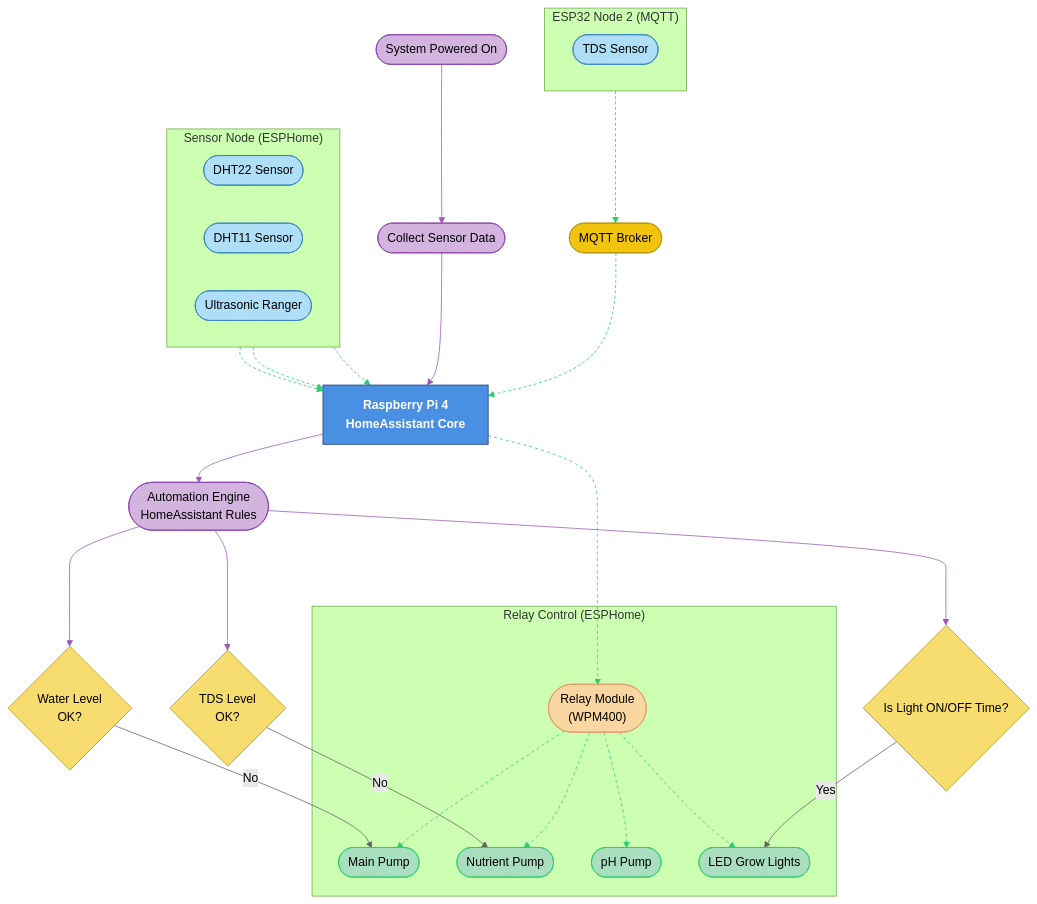
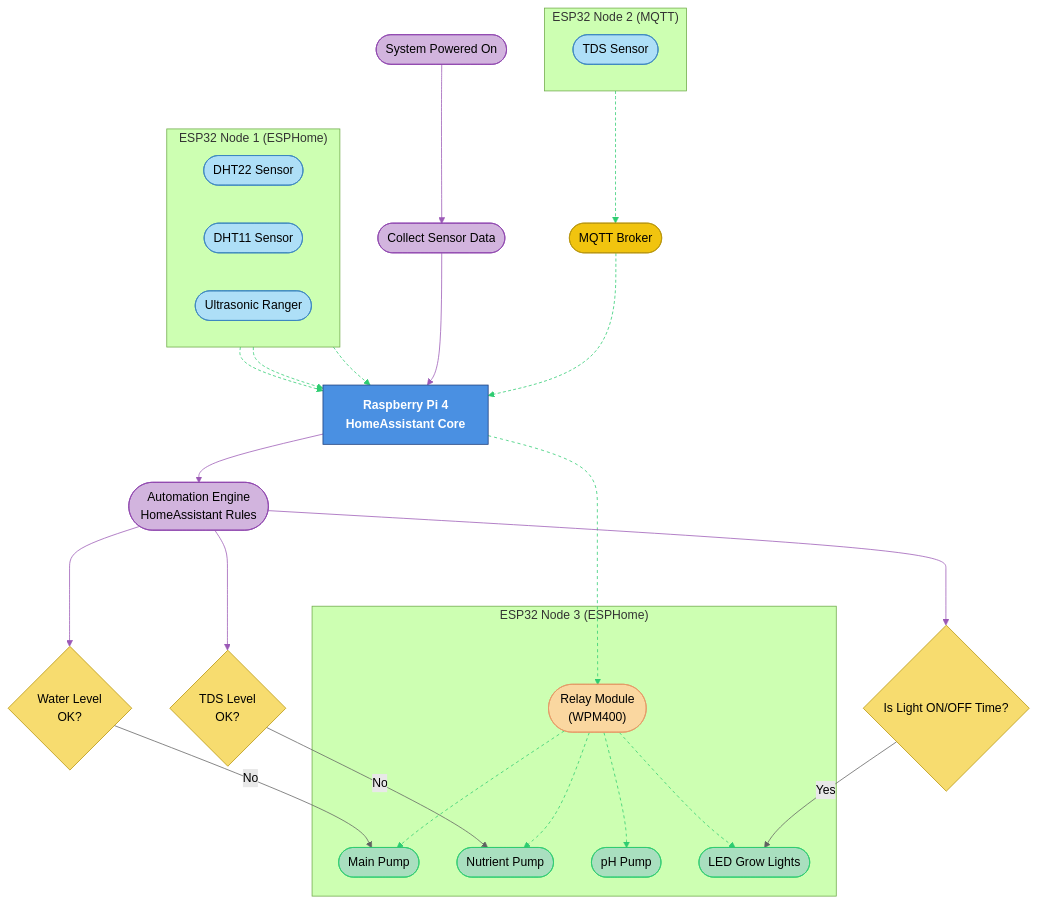
One commit to eeturunonen/Project-VertiFarm changed the diagram in README.md. Above: the diagram before and after it, drawn with Mermaid (forest theme).

Commit message:
Fixing DFD nodes.

````diff
--- a/README.md
+++ b/README.md
@@ -41,6 +41,6 @@
 ```mermaid 
 flowchart TD
-  subgraph ESP32_1["Sensor Node (ESPHome)"]
+  subgraph ESP32_1["ESP32 Node 1 (ESPHome)"]
     direction LR
       DHT22(["DHT22 Sensor"])
       DHT11(["DHT11 Sensor"])
@@ -50,7 +50,7 @@
     direction LR
       TDS(["TDS Sensor"])
   end
-  subgraph ESP32_3["Relay Control (ESPHome)"]
+  subgraph ESP32_3["ESP32 Node 3 (ESPHome)"]
     Relay(["Relay Module<br>(WPM400)"])
     MainPump(["Main Pump"])
     NutrientPump(["Nutrient Pump"])
````
